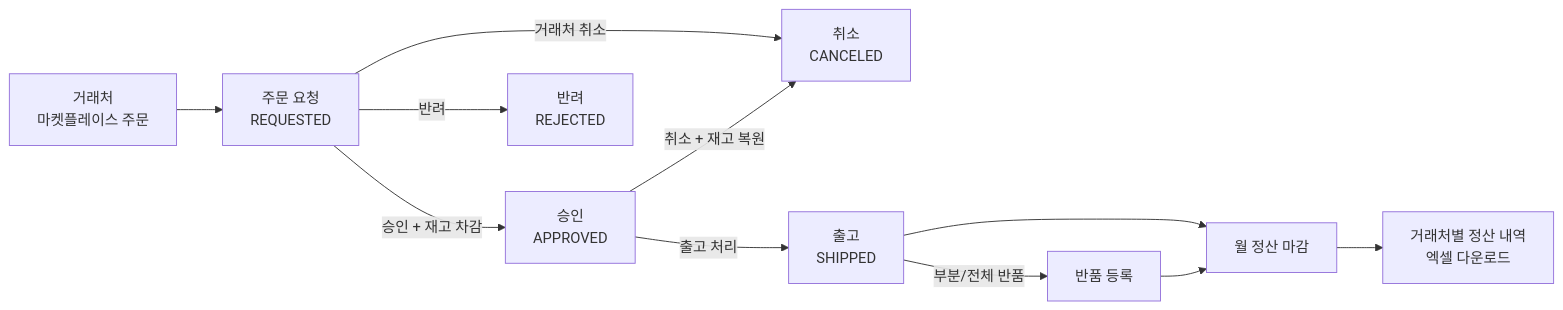
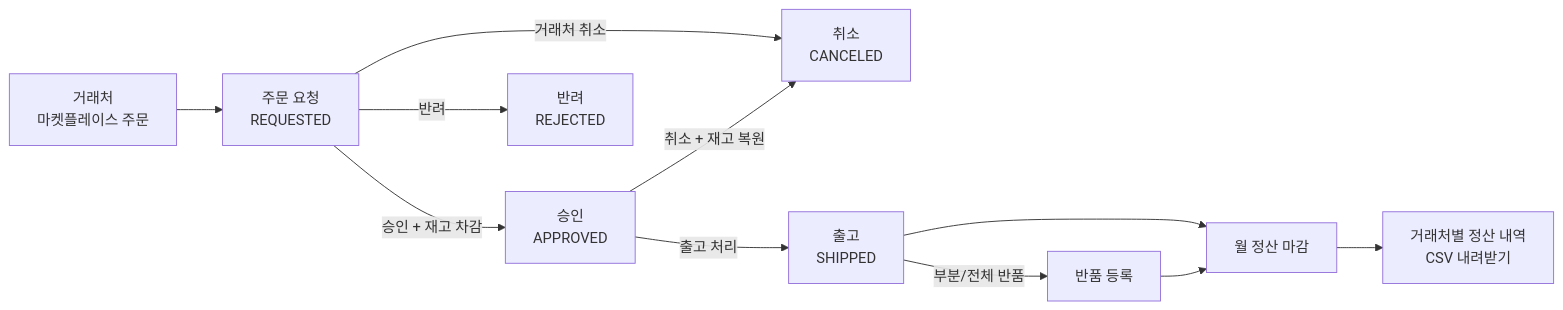
The first of 2 diagrams in docs/DESIGN.md (kang30984/mini-erp), drawn with Mermaid before and after one commit. The commit also changed other lines of this file and 12 other files, not shown here.

````diff
--- a/docs/DESIGN.md
+++ b/docs/DESIGN.md
@@ -23,13 +25,13 @@
 ```mermaid
 flowchart LR
     A["거래처<br/>마켓플레이스 주문"] --> B["주문 요청<br/>REQUESTED"]
     B -->|승인 + 재고 차감| C["승인<br/>APPROVED"]
     B -->|반려| R["반려<br/>REJECTED"]
     B -->|거래처 취소| X["취소<br/>CANCELED"]
     C -->|취소 + 재고 복원| X
     C -->|출고 처리| D["출고<br/>SHIPPED"]
     D -->|부분/전체 반품| E["반품 등록"]
     D --> F["월 정산 마감"]
     E --> F
-    F --> G["거래처별 정산 내역<br/>엑셀 다운로드"]
+    F --> G["거래처별 정산 내역<br/>CSV 내려받기"]
 ```
````
